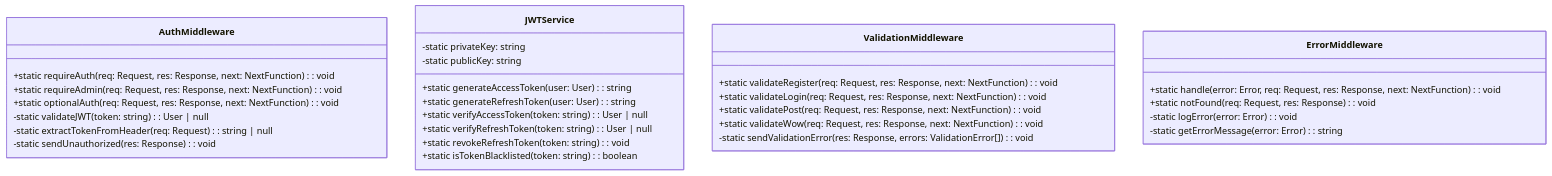
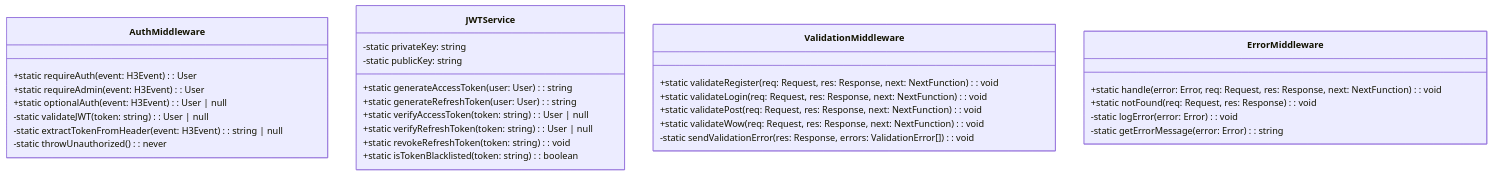
One commit to ayugioh2003/ooad-ai changed the eighth of 11 diagrams in aotter-wow-system/docs/class-diagram.md. Above: the diagram before and after it, drawn with Mermaid. The commit also changed other lines of this file and 3 other files, not shown here.

First line of the commit message:
Refactor architecture documentation to reflect Nuxt.js integration and update class and sequence diagrams for API handlers

````diff
--- a/aotter-wow-system/docs/class-diagram.md
+++ b/aotter-wow-system/docs/class-diagram.md
@@ -495,37 +483,37 @@
 ```mermaid
 classDiagram
     class AuthMiddleware {
-        +static requireAuth(req: Request, res: Response, next: NextFunction): void
-        +static requireAdmin(req: Request, res: Response, next: NextFunction): void
-        +static optionalAuth(req: Request, res: Response, next: NextFunction): void
+        +static requireAuth(event: H3Event): User
+        +static requireAdmin(event: H3Event): User
+        +static optionalAuth(event: H3Event): User | null
         -static validateJWT(token: string): User | null
-        -static extractTokenFromHeader(req: Request): string | null
-        -static sendUnauthorized(res: Response): void
+        -static extractTokenFromHeader(event: H3Event): string | null
+        -static throwUnauthorized(): never
     }
 
     class JWTService {
         +static generateAccessToken(user: User): string
         +static generateRefreshToken(user: User): string
         +static verifyAccessToken(token: string): User | null
         +static verifyRefreshToken(token: string): User | null
         +static revokeRefreshToken(token: string): void
         +static isTokenBlacklisted(token: string): boolean
         -static privateKey: string
         -static publicKey: string
     }
 
     class ValidationMiddleware {
         +static validateRegister(req: Request, res: Response, next: NextFunction): void
         +static validateLogin(req: Request, res: Response, next: NextFunction): void
         +static validatePost(req: Request, res: Response, next: NextFunction): void
         +static validateWow(req: Request, res: Response, next: NextFunction): void
         -static sendValidationError(res: Response, errors: ValidationError[]): void
     }
 
     class ErrorMiddleware {
         +static handle(error: Error, req: Request, res: Response, next: NextFunction): void
         +static notFound(req: Request, res: Response): void
         -static logError(error: Error): void
         -static getErrorMessage(error: Error): string
     }
 ```
````
